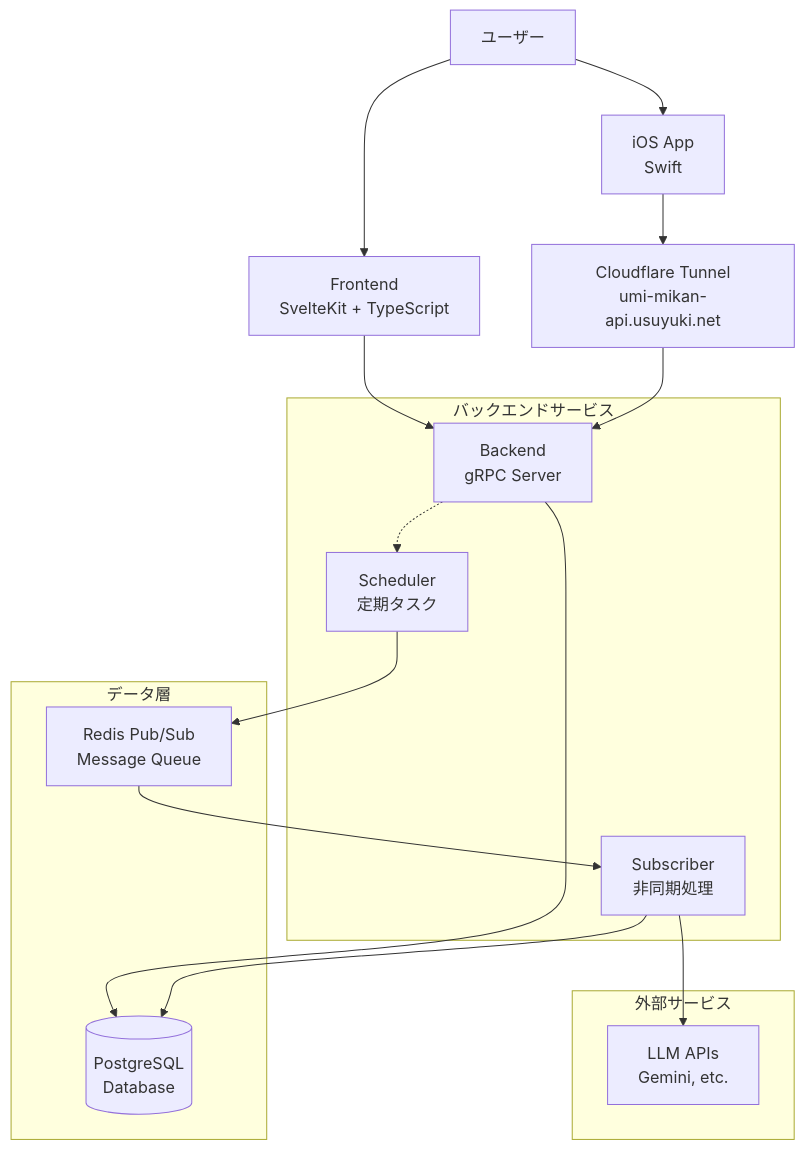
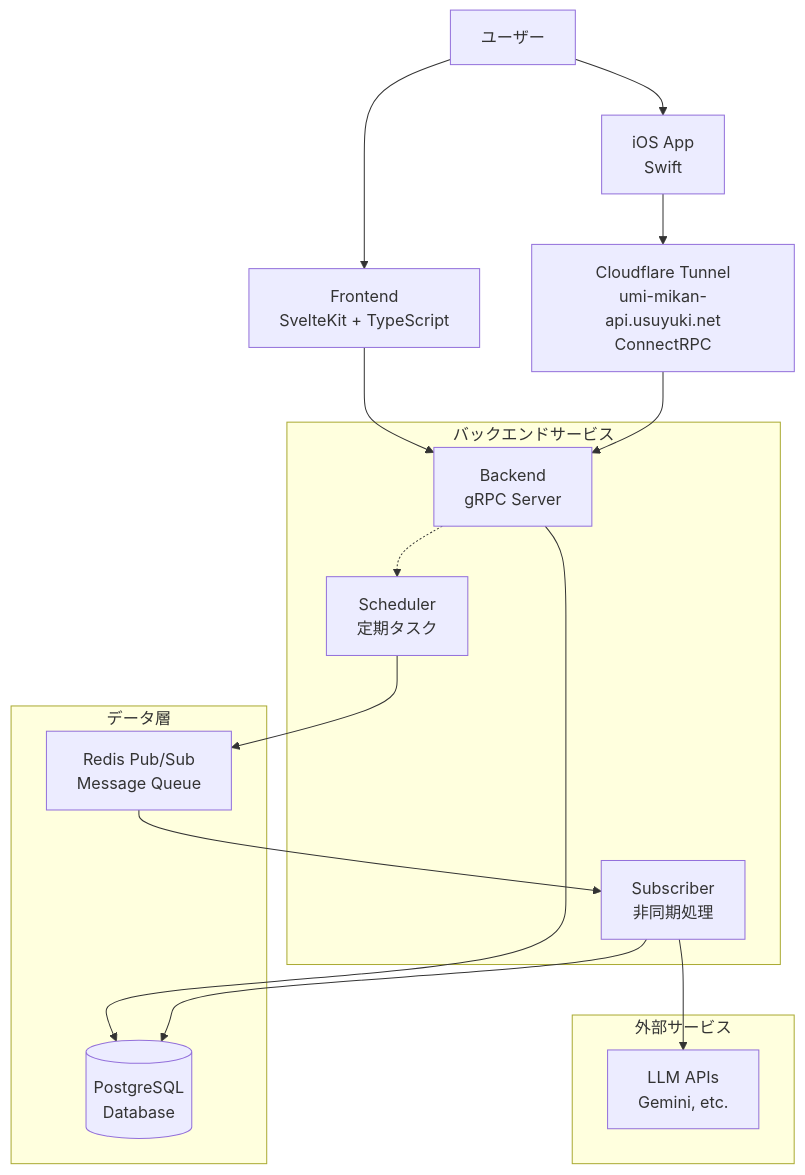
Before and after one commit to project-mikan/umi.mikan: the diagram in README.md, drawn with Mermaid. The commit also changed other lines of this file and 29 other files, not shown here.

````diff
--- a/README.md
+++ b/README.md
@@ -38,31 +38,31 @@
 ```mermaid
 graph TB
     User[ユーザー] --> Frontend[Frontend<br/>SvelteKit + TypeScript]
     User --> iOS[iOS App<br/>Swift]
     Frontend --> Backend[Backend<br/>gRPC Server]
-    iOS --> Cloudflare[Cloudflare Tunnel<br/>umi-mikan-api.usuyuki.net]
+    iOS --> Cloudflare[Cloudflare Tunnel<br/>umi-mikan-api.usuyuki.net<br/>ConnectRPC]
     Cloudflare --> Backend
     Backend --> DB[(PostgreSQL<br/>Database)]
 
     Scheduler[Scheduler<br/>定期タスク] --> Redis[Redis Pub/Sub<br/>Message Queue]
     Redis --> Subscriber[Subscriber<br/>非同期処理]
     Subscriber --> LLM[LLM APIs<br/>Gemini, etc.]
 
     Backend -.-> Scheduler
     Subscriber --> DB
 
     subgraph "バックエンドサービス"
         Backend
         Scheduler
         Subscriber
     end
 
     subgraph "データ層"
         DB
         Redis
     end
 
     subgraph "外部サービス"
         LLM
     end
 ```
````
